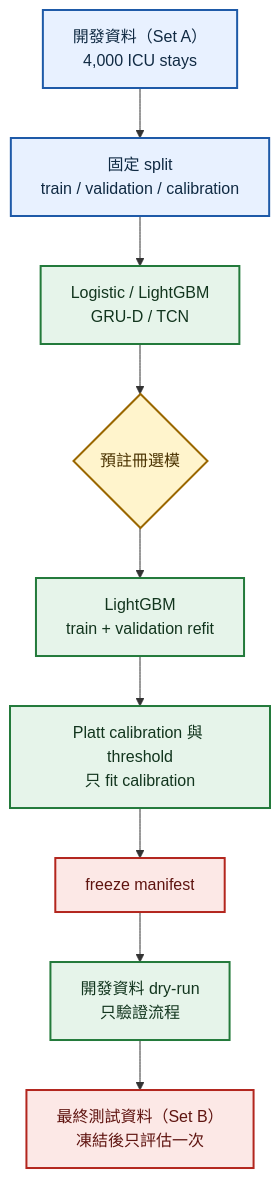
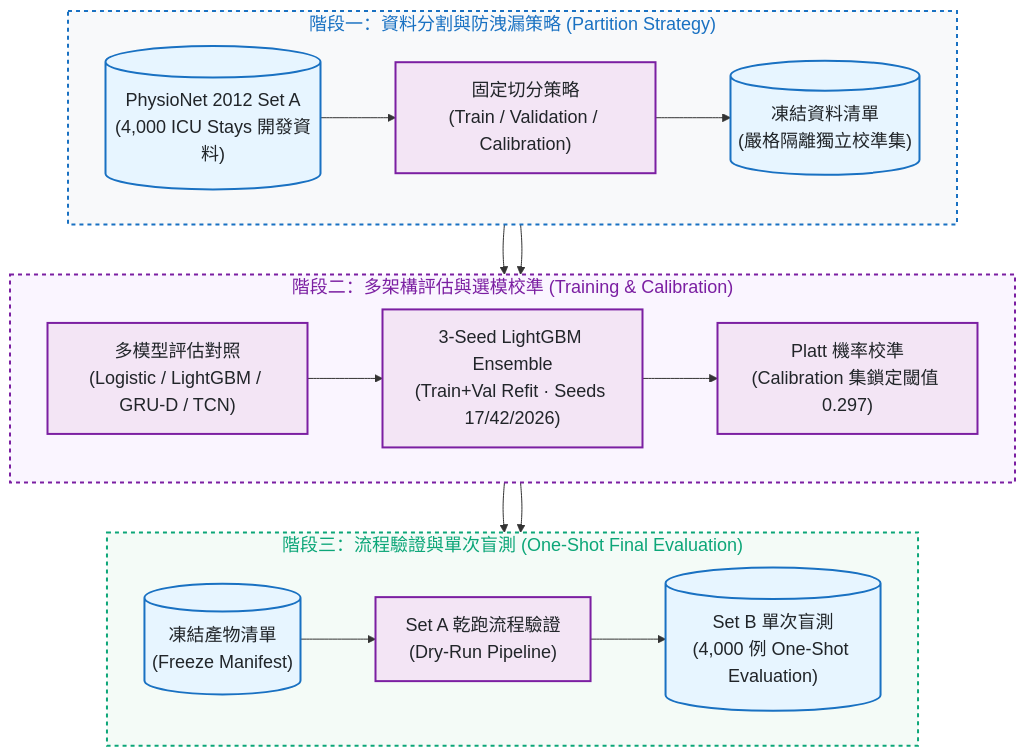
One commit to kuotunyu/CareRisk-48H changed the first of 2 diagrams in README.md. Above: the diagram before and after it, drawn with Mermaid. The commit also changed other lines of this file and 1 other file, not shown here.

Commit message:
docs: overhaul README with 20px card container flowcharts, badges, and clean typography

````diff
--- a/README.md
+++ b/README.md
@@ -47,20 +33,31 @@
 ```mermaid
+%%{init: {'themeVariables': {'fontSize': '18px'}}}%%
 flowchart TD
-    A["開發資料（Set A）<br/>4,000 ICU stays"] --> B["固定 split<br/>train / validation / calibration"]
-    B --> C["Logistic / LightGBM<br/>GRU-D / TCN"]
-    C --> D{"預註冊選模"}
-    D --> E["LightGBM<br/>train + validation refit"]
-    E --> F["Platt calibration 與 threshold<br/>只 fit calibration"]
-    F --> G["freeze manifest"]
-    G --> H["開發資料 dry-run<br/>只驗證流程"]
-    H --> I["最終測試資料（Set B）<br/>凍結後只評估一次"]
+    subgraph Stage1 ["階段一：資料分割與防洩漏策略 (Partition Strategy)"]
+        direction LR
+        Raw[("PhysioNet 2012 Set A<br/>(4,000 ICU Stays 開發資料)")] --> Strat["固定切分策略<br/>(Train / Validation / Calibration)"] --> Sets[("凍結資料清單<br/>(嚴格隔離獨立校準集)")]
+    end
 
-    classDef data fill:#E8F1FF,stroke:#1E5AA8,stroke-width:2px,color:#102A43
-    classDef process fill:#E6F4EA,stroke:#237A3B,stroke-width:2px,color:#12351E
-    classDef decision fill:#FFF4CC,stroke:#9A6700,stroke-width:2px,color:#4A3200
-    classDef gate fill:#FCE8E6,stroke:#B3261E,stroke-width:2px,color:#5F1410
-    class A,B data
-    class C,E,F,H process
-    class D decision
-    class G,I gate
+    subgraph Stage2 ["階段二：多架構評估與選模校準 (Training & Calibration)"]
+        direction LR
+        Sets --> Models["多模型評估對照<br/>(Logistic / LightGBM / GRU-D / TCN)"] --> Refit["3-Seed LightGBM Ensemble<br/>(Train+Val Refit · Seeds 17/42/2026)"] --> Calib["Platt 機率校準<br/>(Calibration 集鎖定閾值 0.297)"]
+    end
+
+    subgraph Stage3 ["階段三：流程驗證與單次盲測 (One-Shot Final Evaluation)"]
+        direction LR
+        Calib --> Manifest[("凍結產物清單<br/>(Freeze Manifest)")] --> DryRun["Set A 乾跑流程驗證<br/>(Dry-Run Pipeline)"] --> FinalEval[("Set B 單次盲測<br/>(4,000 例 One-Shot Evaluation)")]
+    end
+
+    Stage1 --> Stage2 --> Stage3
+
+    classDef srcStyle fill:#e7f5ff,stroke:#1971c2,stroke-width:2px,color:#212529
+    classDef procStyle fill:#f3e5f5,stroke:#7b1fa2,stroke-width:2px,color:#212529
+    classDef evalStyle fill:#e6fcf5,stroke:#0ca678,stroke-width:2px,color:#212529
+
+    class Raw,Sets,Manifest,FinalEval srcStyle
+    class Strat,Models,Refit,Calib,DryRun procStyle
+
+    style Stage1 fill:#f8f9fa,stroke:#1971c2,stroke-width:2px,color:#1971c2,stroke-dasharray: 4 4
+    style Stage2 fill:#faf5ff,stroke:#7b1fa2,stroke-width:2px,color:#7b1fa2,stroke-dasharray: 4 4
+    style Stage3 fill:#f4fbf7,stroke:#0ca678,stroke-width:2px,color:#0ca678,stroke-dasharray: 4 4
 ```
````
